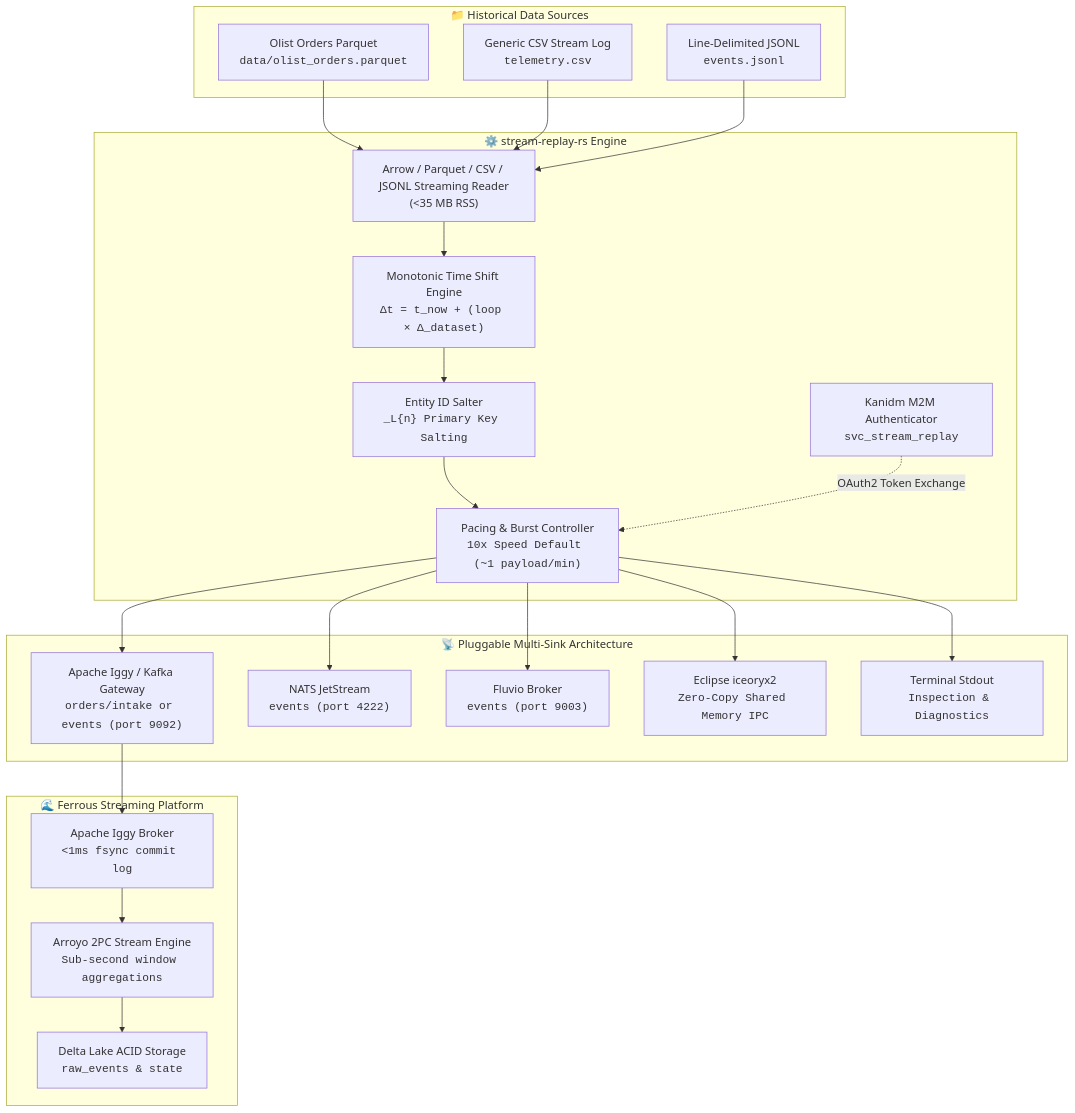
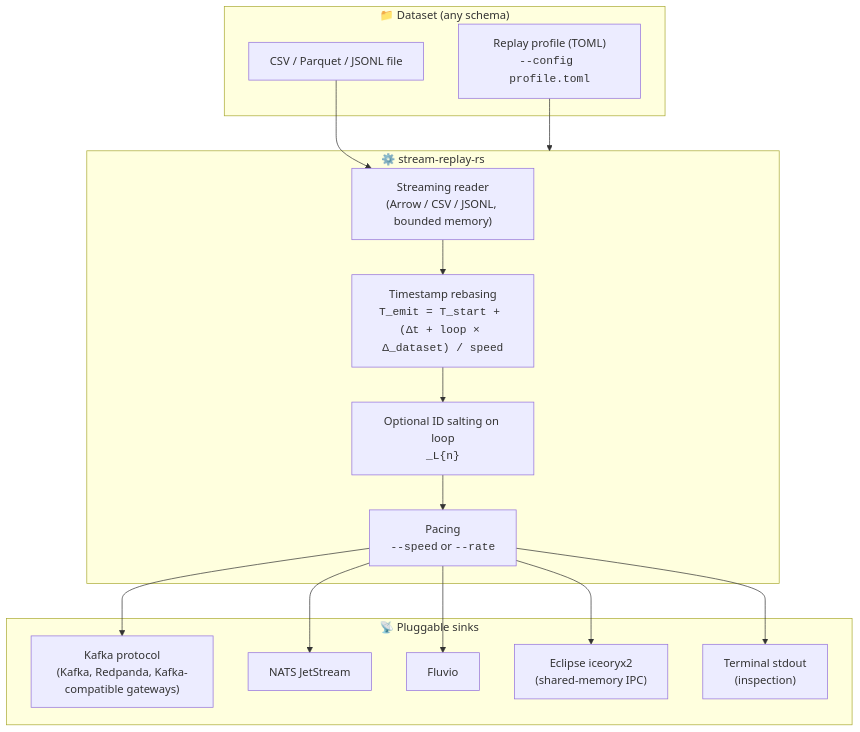
Before and after one commit to reidlai/stream-replay-rs: the diagram in README.md, drawn with Mermaid. The commit also changed other lines of this file, not shown here.

First line of the commit message:
docs(readme): make the README generic and describe timestamp rebasing and speed

````diff
--- a/README.md
+++ b/README.md
@@ -16,48 +18,31 @@
 ```mermaid
 flowchart TD
-    subgraph Data Sources ["📁 Historical Data Sources"]
-        OlistParquet["Olist Orders Parquet<br/><code>data/olist_orders.parquet</code>"]
-        GenericCSV["Generic CSV Stream Log<br/><code>telemetry.csv</code>"]
-        GenericJSONL["Line-Delimited JSONL<br/><code>events.jsonl</code>"]
+    subgraph Input ["📁 Dataset (any schema)"]
+        Dataset["CSV / Parquet / JSONL file"]
+        Profile["Replay profile (TOML)<br/><code>--config profile.toml</code>"]
     end
 
-    subgraph Core Engine ["⚙️ stream-replay-rs Engine"]
-        Reader["Arrow / Parquet / CSV / JSONL Streaming Reader<br/>(&lt;35 MB RSS)"]
-        TimeEngine["Monotonic Time Shift Engine<br/><code>Δt = t_now + (loop × Δ_dataset)</code>"]
-        Salter["Entity ID Salter<br/><code>_L{n} Primary Key Salting</code>"]
-        RatePacer["Pacing &amp; Burst Controller<br/><code>10x Speed Default (~1 payload/min)</code>"]
-        Auth["Kanidm M2M Authenticator<br/><code>svc_stream_replay</code>"]
+    subgraph Engine ["⚙️ stream-replay-rs"]
+        Reader["Streaming reader<br/>(Arrow / CSV / JSONL, bounded memory)"]
+        TimeEngine["Timestamp rebasing<br/><code>T_emit = T_start + (Δt + loop × Δ_dataset) / speed</code>"]
+        Salter["Optional ID salting on loop<br/><code>_L{n}</code>"]
+        Pacer["Pacing<br/><code>--speed</code> or <code>--rate</code>"]
     end
 
-    subgraph Pluggable Sinks ["📡 Pluggable Multi-Sink Architecture"]
-        KafkaSink["Apache Iggy / Kafka Gateway<br/><code>orders/intake or events (port 9092)</code>"]
-        NATSSink["NATS JetStream<br/><code>events (port 4222)</code>"]
-        FluvioSink["Fluvio Broker<br/><code>events (port 9003)</code>"]
-        IceoryxSink["Eclipse iceoryx2<br/><code>Zero-Copy Shared Memory IPC</code>"]
-        StdoutSink["Terminal Stdout<br/><code>Inspection &amp; Diagnostics</code>"]
+    subgraph Sinks ["📡 Pluggable sinks"]
+        Kafka["Kafka protocol<br/>(Kafka, Redpanda, Kafka-compatible gateways)"]
+        NATS["NATS JetStream"]
+        Fluvio["Fluvio"]
+        Iceoryx["Eclipse iceoryx2<br/>(shared-memory IPC)"]
+        Stdout["Terminal stdout<br/>(inspection)"]
     end
 
-    subgraph Downstream Ecosystem ["🌊 Ferrous Streaming Platform"]
-        IggyBroker["Apache Iggy Broker<br/><code>&lt;1ms fsync commit log</code>"]
-        Arroyo["Arroyo 2PC Stream Engine<br/><code>Sub-second window aggregations</code>"]
-        DeltaLake["Delta Lake ACID Storage<br/><code>raw_events &amp; state</code>"]
-    end
-
-    OlistParquet --> Reader
-    GenericCSV --> Reader
-    GenericJSONL --> Reader
-    Reader --> TimeEngine
-    TimeEngine --> Salter
-    Salter --> RatePacer
-    Auth -.->|"OAuth2 Token Exchange"| RatePacer
-
-    RatePacer --> KafkaSink
-    RatePacer --> NATSSink
-    RatePacer --> FluvioSink
-    RatePacer --> IceoryxSink
-    RatePacer --> StdoutSink
-
-    KafkaSink --> IggyBroker
-    IggyBroker --> Arroyo
-    Arroyo --> DeltaLake
+    Dataset --> Reader
+    Profile --> Engine
+    Reader --> TimeEngine --> Salter --> Pacer
+    Pacer --> Kafka
+    Pacer --> NATS
+    Pacer --> Fluvio
+    Pacer --> Iceoryx
+    Pacer --> Stdout
 ```
````
